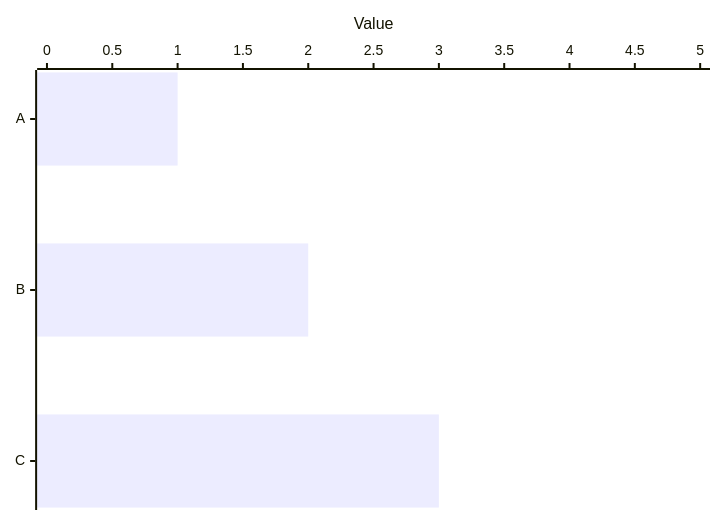
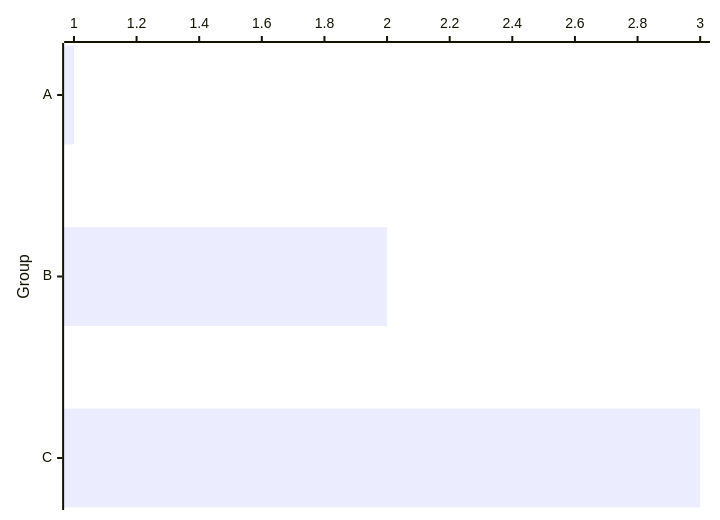
Before and after one commit to Excidion/seanymph: the diagram in docs/tests/TestCategoricalHorizontal/test_ylabel_with_barh.md, drawn with Mermaid. The commit also changed 14 other files, not shown here.

````diff
--- a/docs/tests/TestCategoricalHorizontal/test_ylabel_with_barh.md
+++ b/docs/tests/TestCategoricalHorizontal/test_ylabel_with_barh.md
@@ -1,6 +1,5 @@
 ```mermaid
 xychart-beta horizontal
-    x-axis [A, B, C]
-    y-axis "Value" 0 --> 5
+    x-axis "Group" [A, B, C]
     bar [1, 2, 3]
 ```
````
